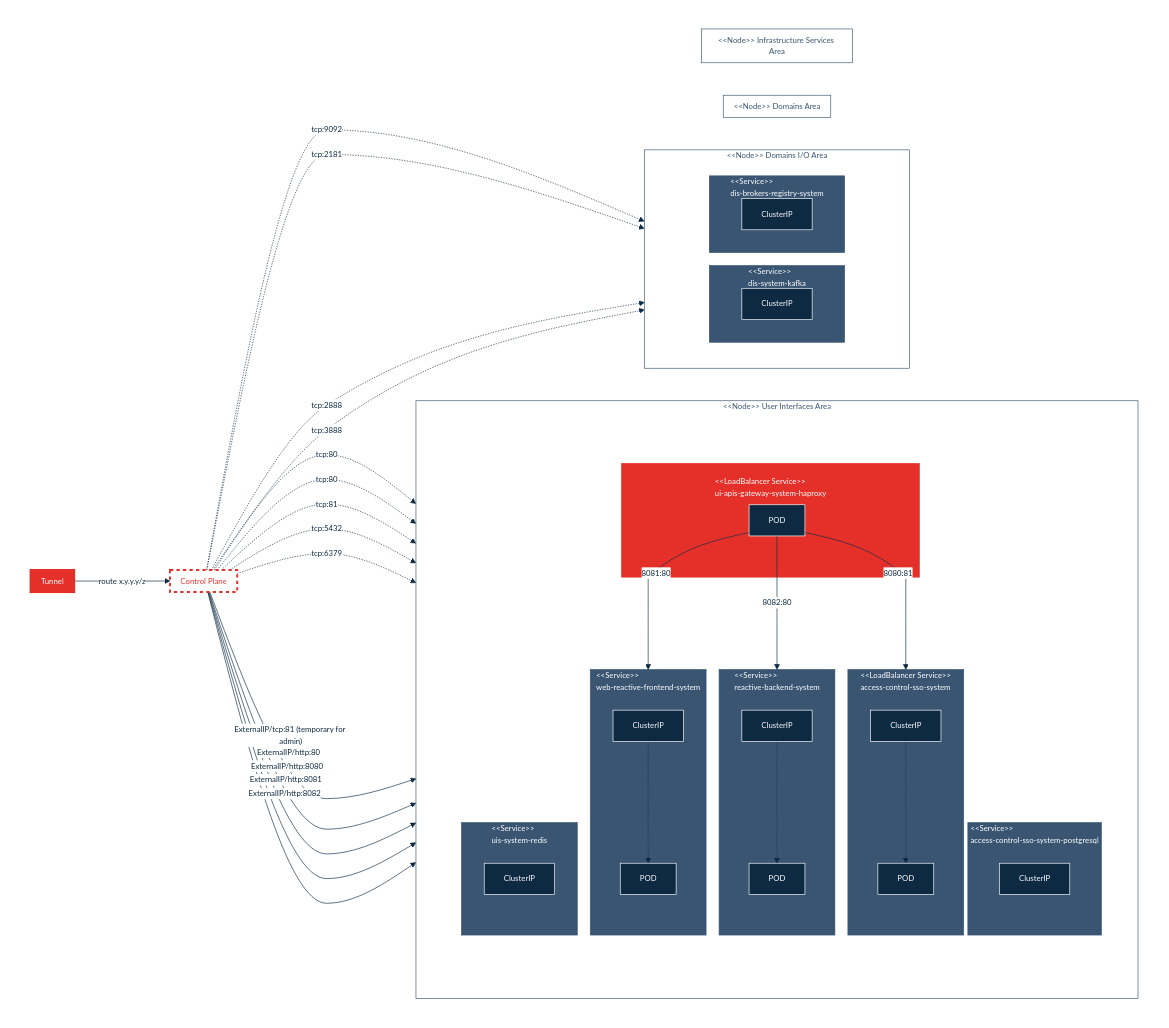
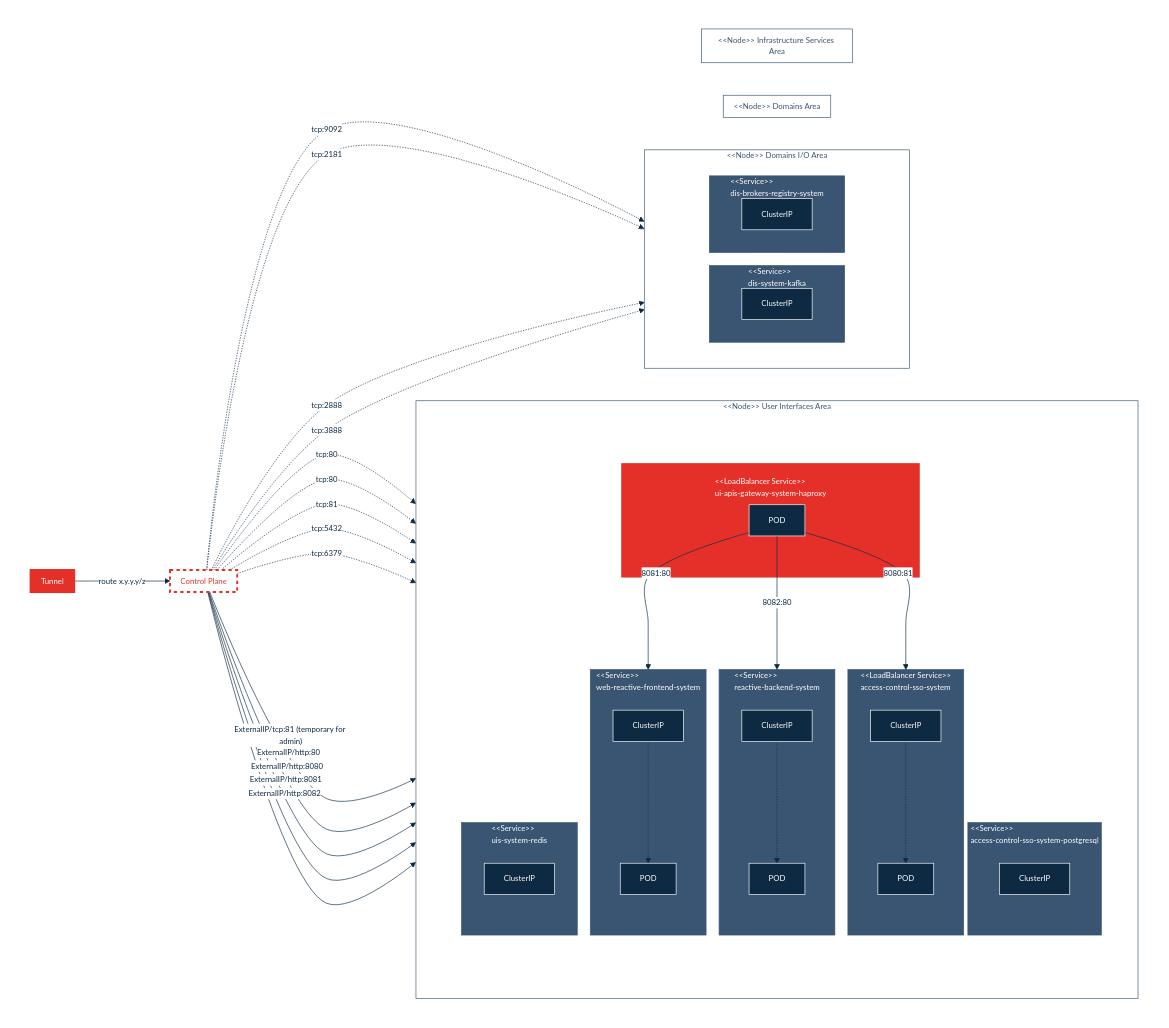
The diagram in implementations-line/systems/README.md (cybnity/foundation), drawn with Mermaid before and after one commit.

```diff
--- a/implementations-line/systems/README.md
+++ b/implementations-line/systems/README.md
@@ -95,7 +95,7 @@
         'noteTextColor': '#fff',
         'noteBorderColor': '#fff'
     },
-    'flowchart': { 'curve': 'monotoneX' }
+    'flowchart': { 'curve': 'catmullRom' }
   }
 }%%
 flowchart LR
```
